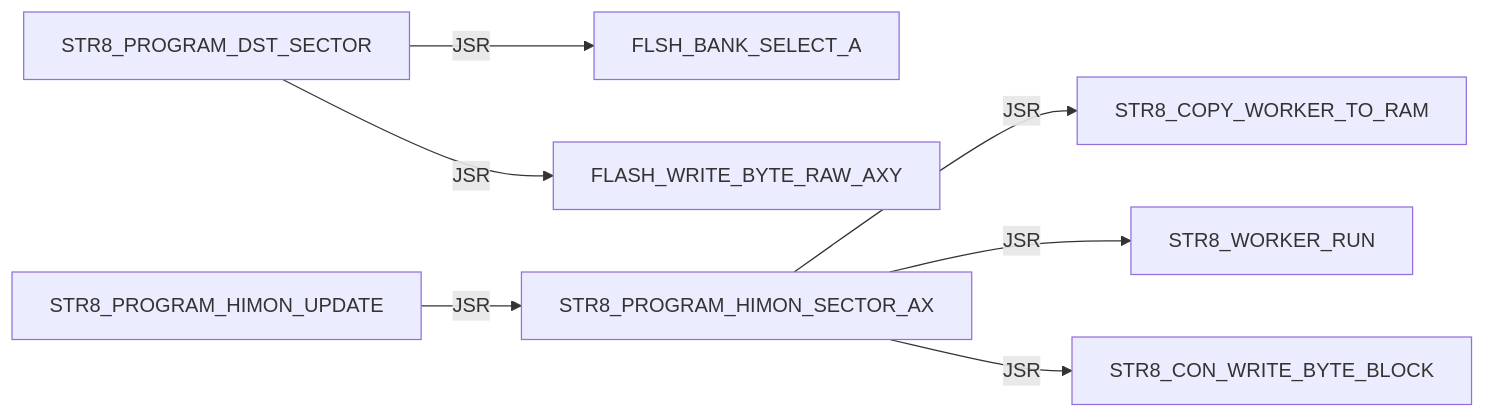
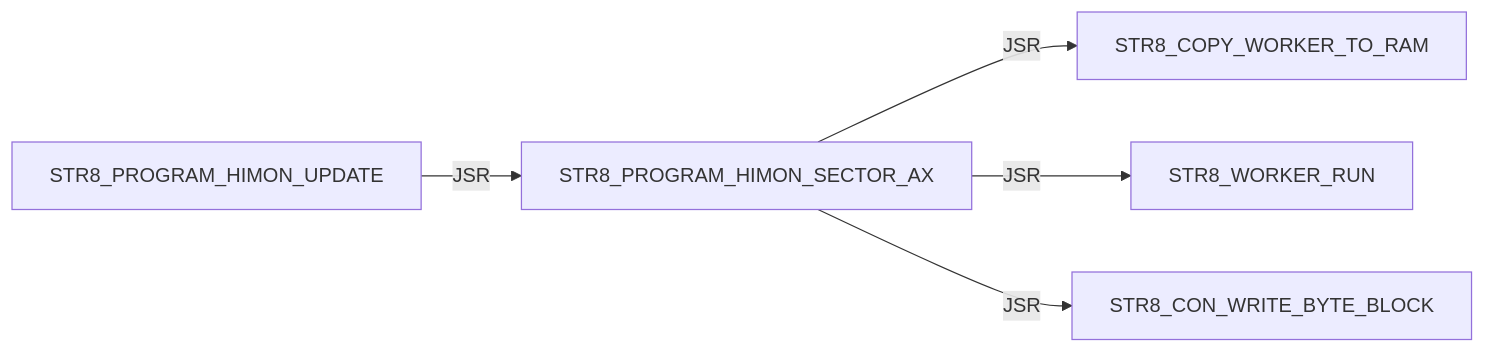
Diagram 19 of 38 in DOC/GUIDES/STR8/STR8_EDGE_DUMP.md (95westus/R-YORS), drawn with Mermaid before and after one commit. The commit also changed other lines of this file and 35 other files, not shown here.

````diff
--- a/DOC/GUIDES/STR8/STR8_EDGE_DUMP.md
+++ b/DOC/GUIDES/STR8/STR8_EDGE_DUMP.md
@@ -275,9 +240,7 @@
 ```mermaid
 flowchart LR
-    N0["STR8_PROGRAM_DST_SECTOR"] -->|JSR| N1["FLSH_BANK_SELECT_A"]
-    N0["STR8_PROGRAM_DST_SECTOR"] -->|JSR| N2["FLASH_WRITE_BYTE_RAW_AXY"]
-    N3["STR8_PROGRAM_HIMON_SECTOR_AX"] -->|JSR| N4["STR8_COPY_WORKER_TO_RAM"]
-    N3["STR8_PROGRAM_HIMON_SECTOR_AX"] -->|JSR| N5["STR8_WORKER_RUN"]
-    N3["STR8_PROGRAM_HIMON_SECTOR_AX"] -->|JSR| N6["STR8_CON_WRITE_BYTE_BLOCK"]
-    N7["STR8_PROGRAM_HIMON_UPDATE"] -->|JSR| N3["STR8_PROGRAM_HIMON_SECTOR_AX"]
+    N0["STR8_PROGRAM_HIMON_SECTOR_AX"] -->|JSR| N1["STR8_COPY_WORKER_TO_RAM"]
+    N0["STR8_PROGRAM_HIMON_SECTOR_AX"] -->|JSR| N2["STR8_WORKER_RUN"]
+    N0["STR8_PROGRAM_HIMON_SECTOR_AX"] -->|JSR| N3["STR8_CON_WRITE_BYTE_BLOCK"]
+    N4["STR8_PROGRAM_HIMON_UPDATE"] -->|JSR| N0["STR8_PROGRAM_HIMON_SECTOR_AX"]
 ```
````
